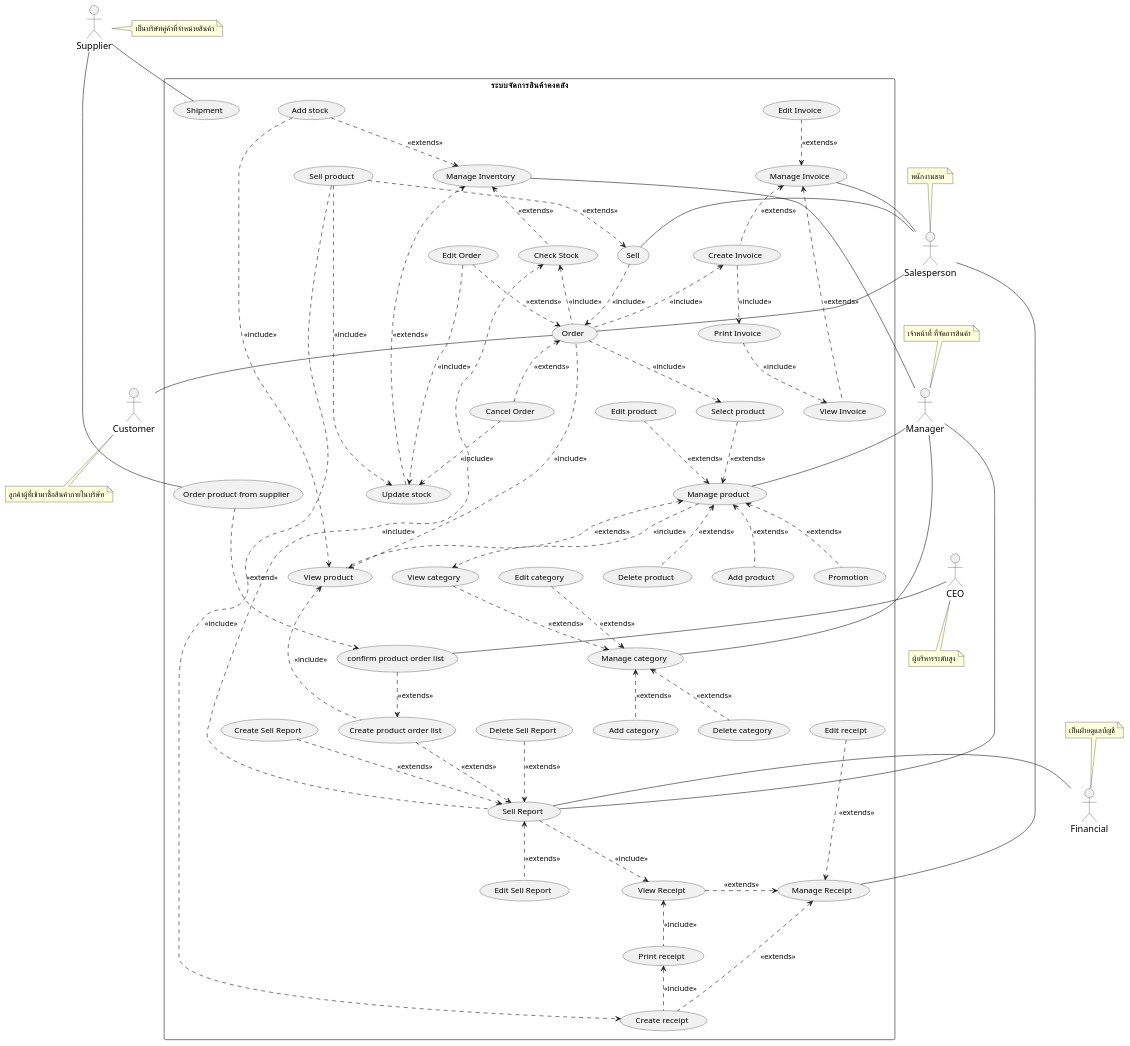
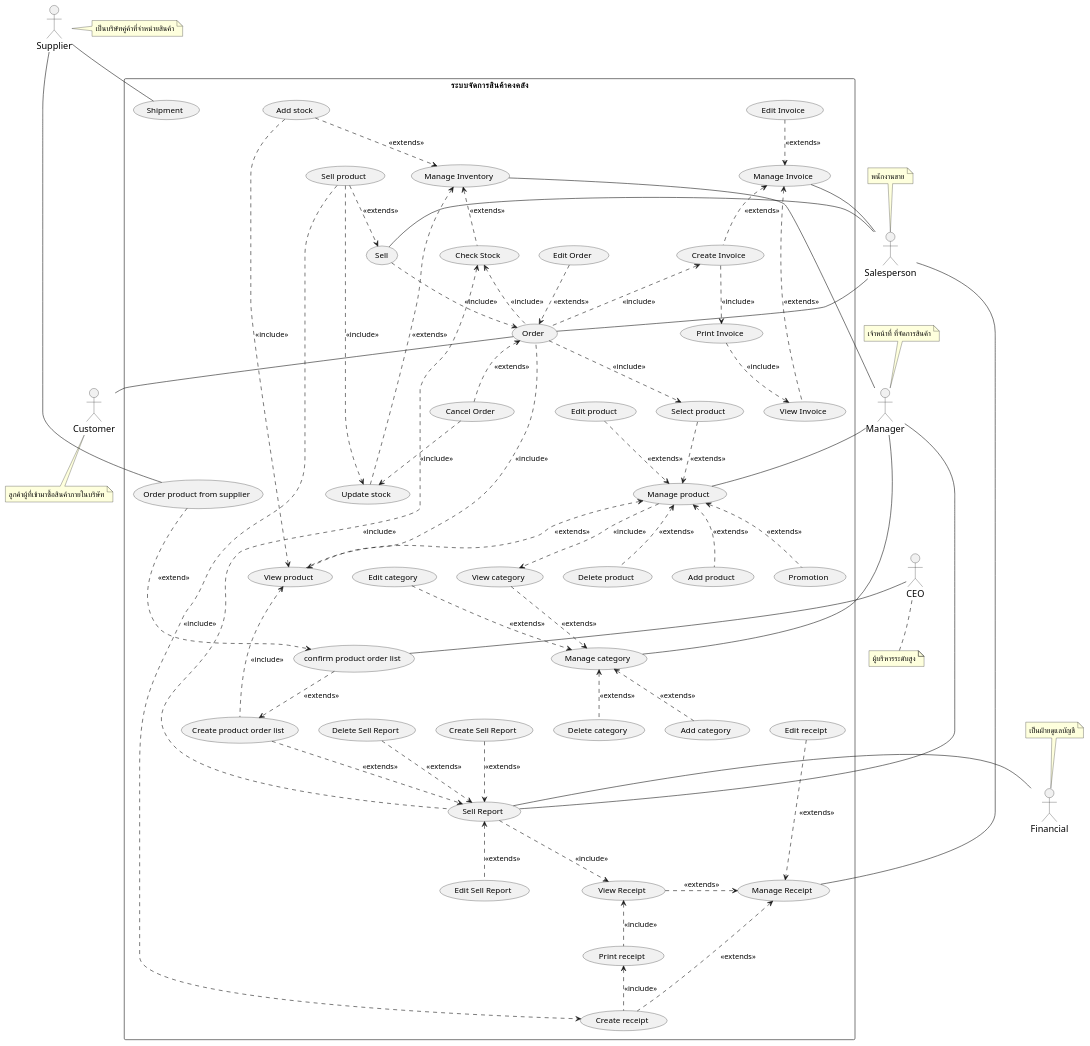
Before and after one commit to billowdev/inventory-system-plantuml-sequelize-seeder-example: the diagram in system-analysis/usecase/_0_usecase-diagram.puml, drawn with PlantUML. The commit also changed 1 other file, not shown here.

Commit message:
update usecase order

```diff
--- a/system-analysis/usecase/_0_usecase-diagram.puml
+++ b/system-analysis/usecase/_0_usecase-diagram.puml
@@ -175,7 +175,7 @@
     ' ================ Order ================
     (usecaseOrder) <.. (usecaseDeleteOrder) : <<extends>>
     (usecaseEditOrder) ..> (usecaseOrder) : <<extends>>
-    (usecaseEditOrder) ..> (usecaseUpdateStock) : <<include>>
+
     (usecaseDeleteOrder) ..> (usecaseUpdateStock) : <<include>>
     (usecaseCreateInvoice) <.. (usecaseOrder) : <<include>>
 
```
